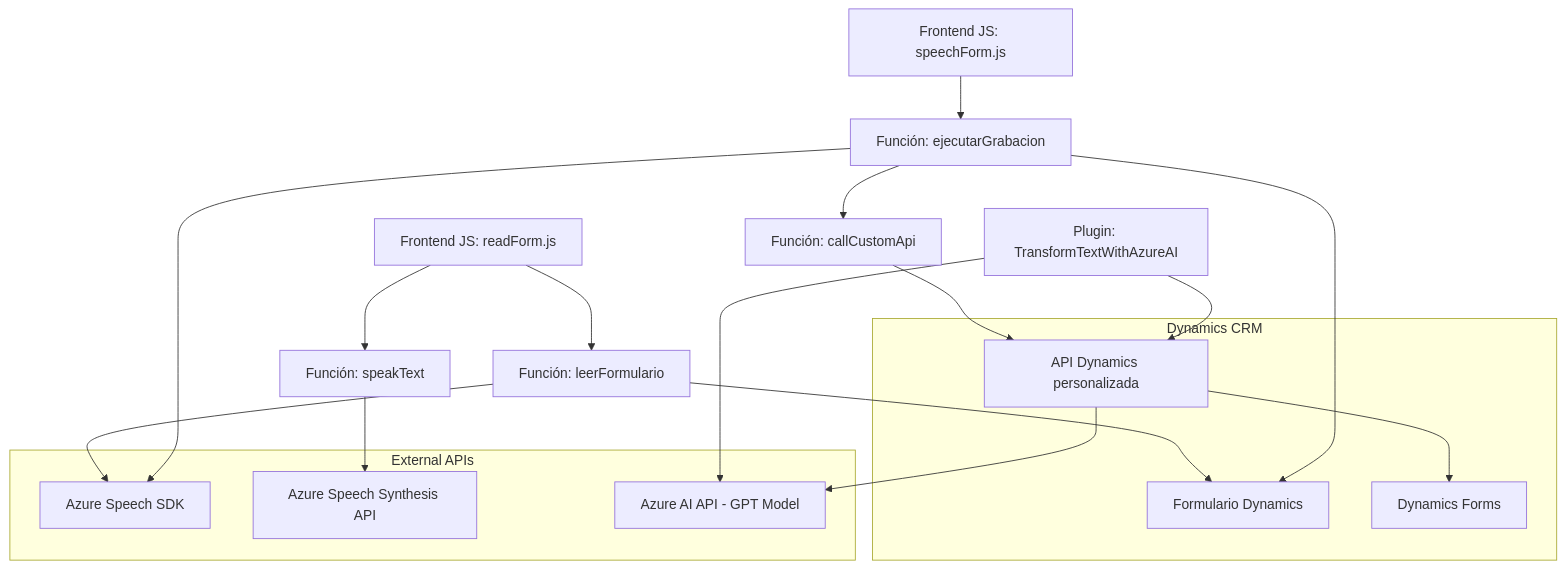
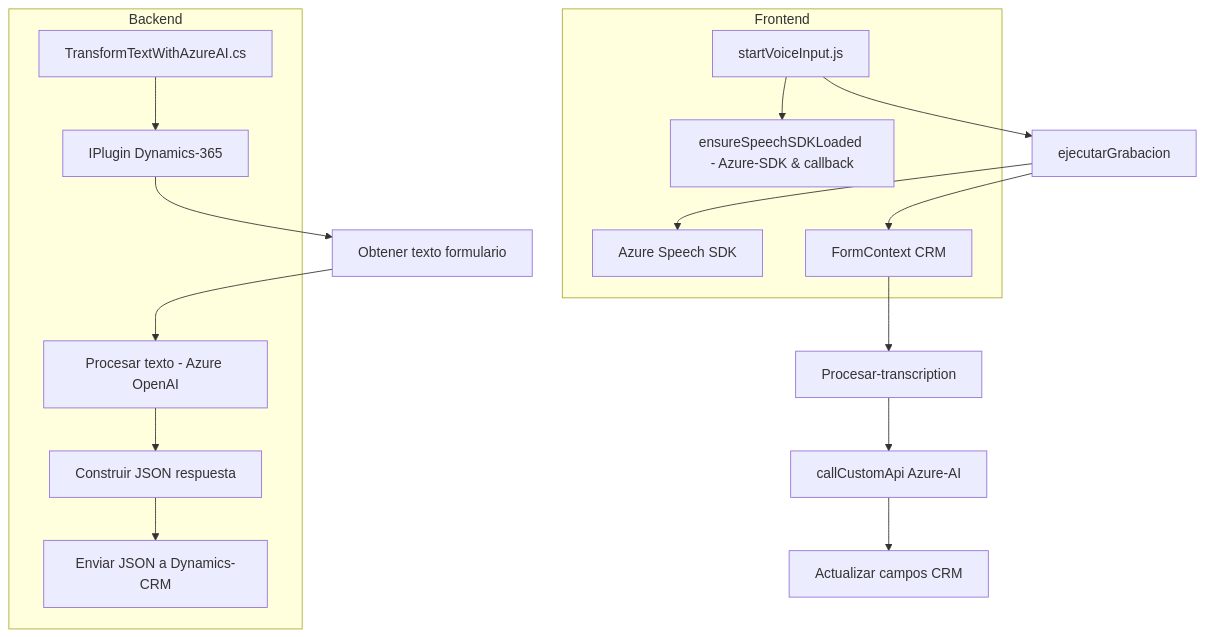
One commit to blopezdm/NETCORE_BILBAO2025 changed the diagram in README.md. Above: the diagram before and after it, drawn with Mermaid. The commit also changed other lines of this file, not shown here.

Commit message:
Actualizar análisis global de la solución con IA

````diff
--- a/README.md
+++ b/README.md
@@ -46,32 +27,31 @@
 ```mermaid
 graph TD
-    A["Frontend JS: readForm.js"] --> B["Función: leerFormulario"]
+    A["startVoiceInput.js"] --> B["ejecutarGrabacion"]
     B --> C["Azure Speech SDK"]
-    B --> D["Formulario Dynamics"]
-    A --> E["Función: speakText"]
-    E --> G["Azure Speech Synthesis API"]
-    
-    F["Frontend JS: speechForm.js"] --> H["Función: ejecutarGrabacion"]
-    H --> C
-    H --> D
-    H --> I["Función: callCustomApi"]
-    I --> J["API Dynamics personalizada"]
-    J --> K["Azure AI API - GPT Model"]
+    B --> D["FormContext CRM"]
+    D --> E["Procesar-transcription"]
+    E --> F["callCustomApi Azure-AI"]
+    F --> H["Actualizar campos CRM"]
+    A --> G["ensureSpeechSDKLoaded - Azure-SDK & callback"]
 
-    L["Plugin: TransformTextWithAzureAI"]
-    L --> J
-    L --> K
-    J --> M["Dynamics Forms"]
+    I["TransformTextWithAzureAI.cs"] --> J["IPlugin Dynamics-365"]
+    J --> K["Obtener texto formulario"]
+    K --> L["Procesar texto - Azure OpenAI"]
+    L --> M["Construir JSON respuesta"]
+    M --> N["Enviar JSON a Dynamics-CRM"]
 
-    subgraph External APIs
+    subgraph Frontend
+        A
+        G
+        D
         C
-        G
-        K
     end
 
-    subgraph Dynamics CRM
-        D
+    subgraph Backend
+        I
         J
+        L
         M
+        N
     end
 ```
````
